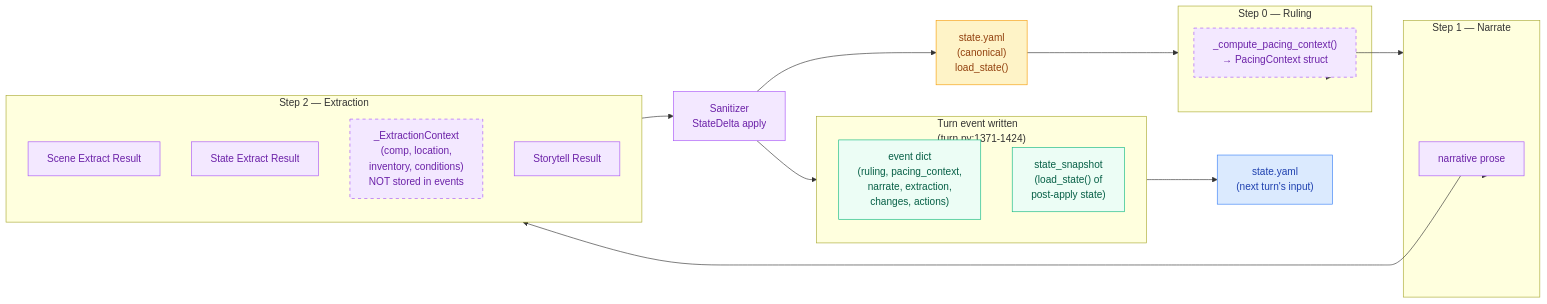
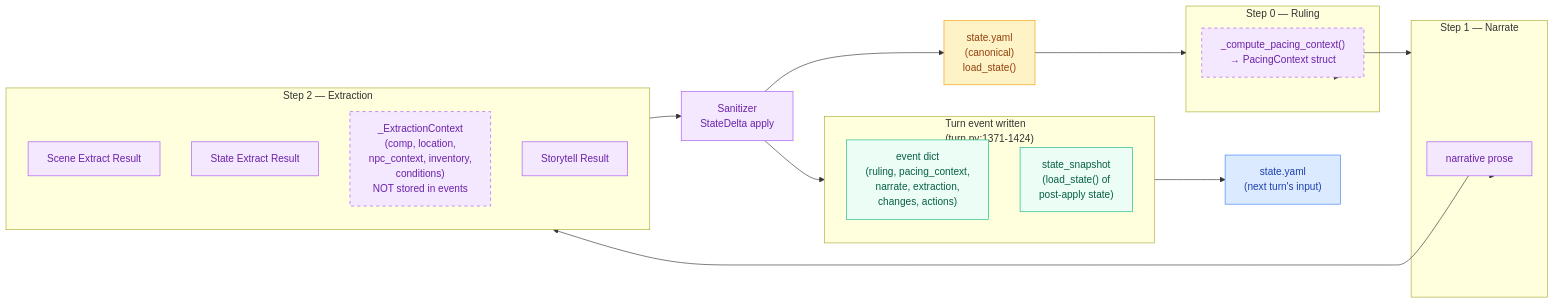
The diagram in docs/ev/STATE-REFERENCE.md (pww217/fablethread), drawn with Mermaid before and after one commit. The commit also changed other lines of this file and 24 other files, not shown here.

````diff
--- a/docs/ev/STATE-REFERENCE.md
+++ b/docs/ev/STATE-REFERENCE.md
@@ -191,45 +192,45 @@
 ```mermaid
 flowchart LR
     classDef pre fill:#fef3c7,color:#92400e,stroke:#f59e0b
     classDef post fill:#dbeafe,color:#1e40af,stroke:#3b82f6
     classDef internal fill:#f3e8ff,color:#6b21a8,stroke:#a855f7
     classDef event fill:#ecfdf5,color:#065f46,stroke:#10b981
 
     STATE["state.yaml<br>(canonical)<br>load_state()"]:::pre
 
     subgraph STEP0["Step 0 — Ruling"]
         PC["_compute_pacing_context()<br>→ PacingContext struct"]:::internal
     end
 
     subgraph STEP1["Step 1 — Narrate"]
         NARR["narrative prose"]:::internal
     end
 
     subgraph STEP2["Step 2 — Extraction"]
         SCENE["Scene Extract Result"]:::internal
         STATE_EXT["State Extract Result"]:::internal
-        EXT_CTX["_ExtractionContext<br>(comp, location,<br>inventory, conditions)<br>NOT stored in events"]:::internal
+        EXT_CTX["_ExtractionContext<br>(comp, location,<br>npc_context, inventory,<br>conditions)<br>NOT stored in events"]:::internal
         STORY["Storytell Result"]:::internal
     end
 
     SAN["Sanitizer<br>StateDelta apply"]:::internal
 
     subgraph PERSIST["Turn event written<br>(turn.py:1371-1424)"]
         EV["event dict<br>(ruling, pacing_context,<br>narrate, extraction,<br>changes, actions)"]:::event
         SS["state_snapshot<br>(load_state() of<br>post-apply state)"]:::event
     end
 
     STATE --> STEP0
     STEP0 --> PC
     PC --> STEP1
     STEP1 --> NARR
     NARR --> STEP2
     STEP2 --> SAN
     SAN --> PERSIST
     SAN --> STATE
 
     PERSIST --> STATE_NEXT["state.yaml<br>(next turn's input)"]:::post
 
     style EXT_CTX stroke-dasharray: 5 5
     style PC stroke-dasharray: 5 5
 ```
````
